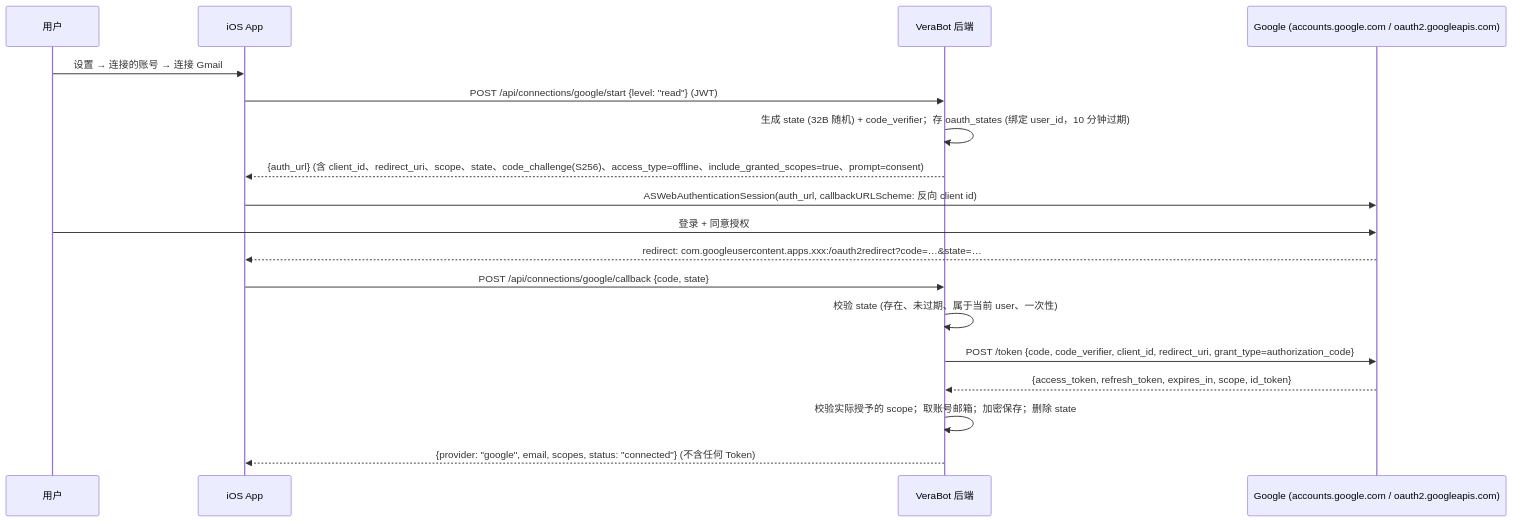
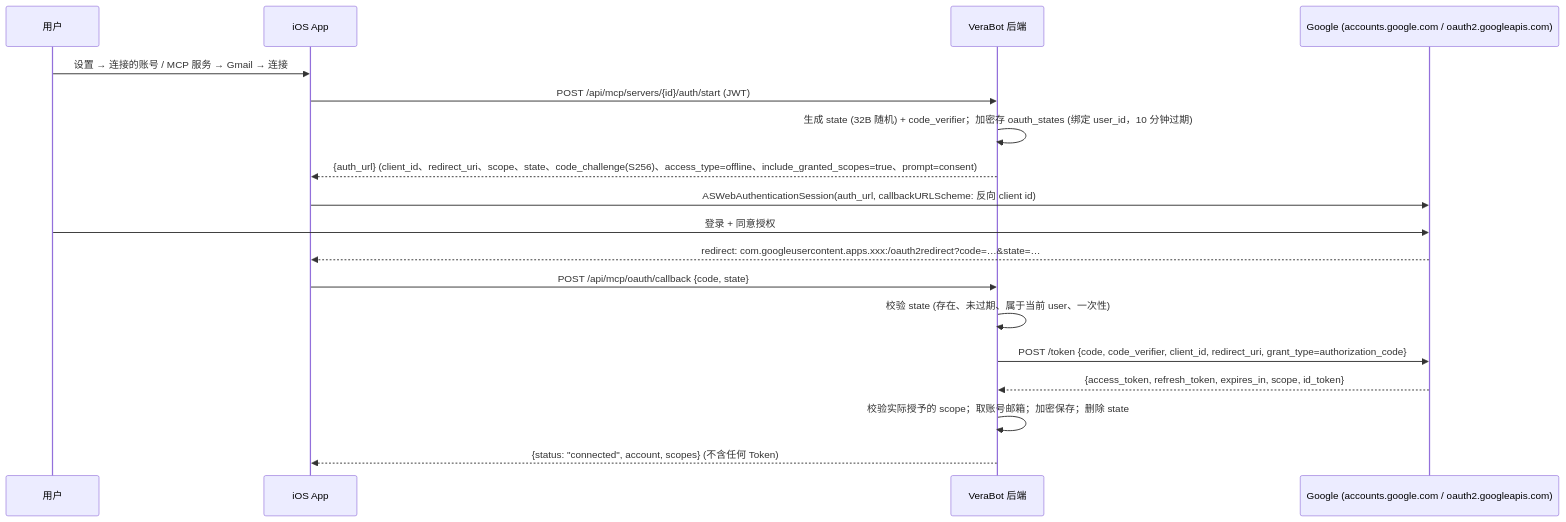
One commit to luisporschewind-ai/VeraBot changed the first of 2 diagrams in docs/design/GMAIL_CAPABILITY.md. Above: the diagram before and after it, drawn with Mermaid. The commit also changed other lines of this file and 4 other files, not shown here.

Commit message:
docs: add MCP capability design; route Gmail via MCP

````diff
--- a/docs/design/GMAIL_CAPABILITY.md
+++ b/docs/design/GMAIL_CAPABILITY.md
@@ -100,21 +108,21 @@
 ```mermaid
 sequenceDiagram
     participant U as 用户
     participant A as iOS App
     participant B as VeraBot 后端
     participant G as Google (accounts.google.com / oauth2.googleapis.com)
 
-    U->>A: 设置 → 连接的账号 → 连接 Gmail
-    A->>B: POST /api/connections/google/start {level: "read"} (JWT)
-    B->>B: 生成 state (32B 随机) + code_verifier；存 oauth_states (绑定 user_id，10 分钟过期)
-    B-->>A: {auth_url} (含 client_id、redirect_uri、scope、state、code_challenge(S256)、access_type=offline、include_granted_scopes=true、prompt=consent)
+    U->>A: 设置 → 连接的账号 / MCP 服务 → Gmail → 连接
+    A->>B: POST /api/mcp/servers/{id}/auth/start (JWT)
+    B->>B: 生成 state (32B 随机) + code_verifier；加密存 oauth_states (绑定 user_id，10 分钟过期)
+    B-->>A: {auth_url} (client_id、redirect_uri、scope、state、code_challenge(S256)、access_type=offline、include_granted_scopes=true、prompt=consent)
     A->>G: ASWebAuthenticationSession(auth_url, callbackURLScheme: 反向 client id)
     U->>G: 登录 + 同意授权
     G-->>A: redirect: com.googleusercontent.apps.xxx:/oauth2redirect?code=…&state=…
-    A->>B: POST /api/connections/google/callback {code, state}
+    A->>B: POST /api/mcp/oauth/callback {code, state}
     B->>B: 校验 state (存在、未过期、属于当前 user、一次性)
     B->>G: POST /token {code, code_verifier, client_id, redirect_uri, grant_type=authorization_code}
     G-->>B: {access_token, refresh_token, expires_in, scope, id_token}
     B->>B: 校验实际授予的 scope；取账号邮箱；加密保存；删除 state
-    B-->>A: {provider: "google", email, scopes, status: "connected"} (不含任何 Token)
+    B-->>A: {status: "connected", account, scopes} (不含任何 Token)
 ```
````
